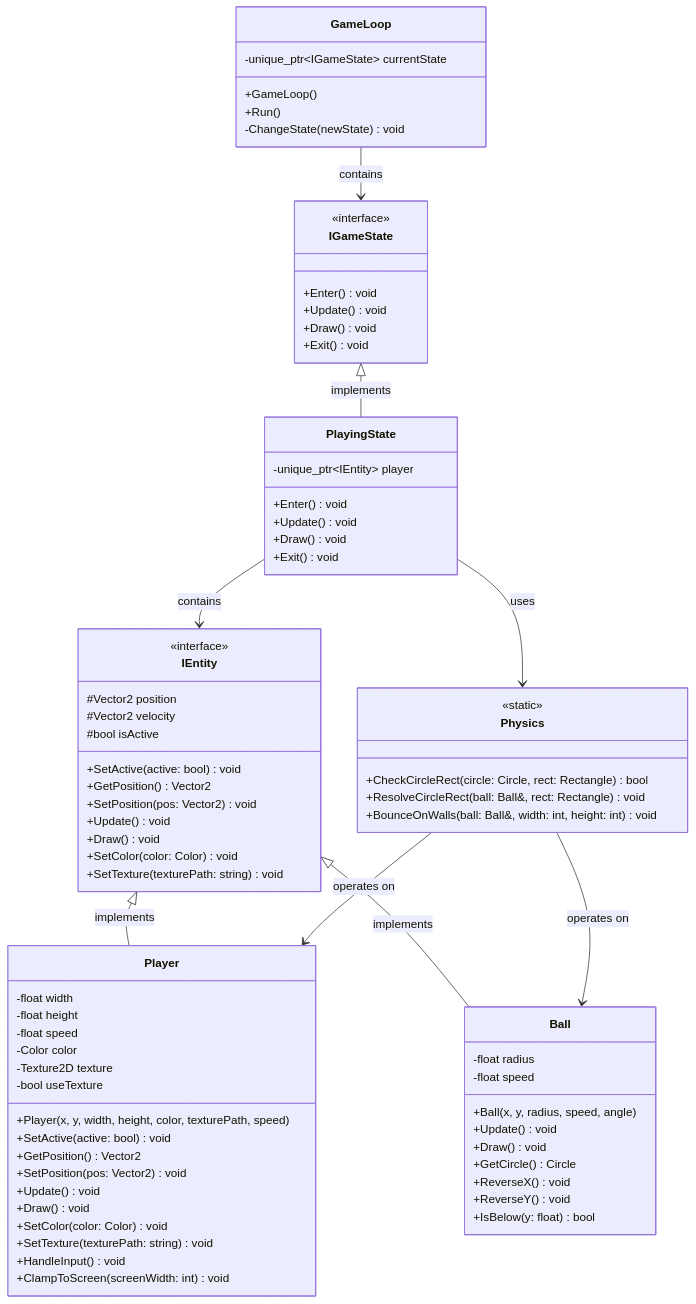
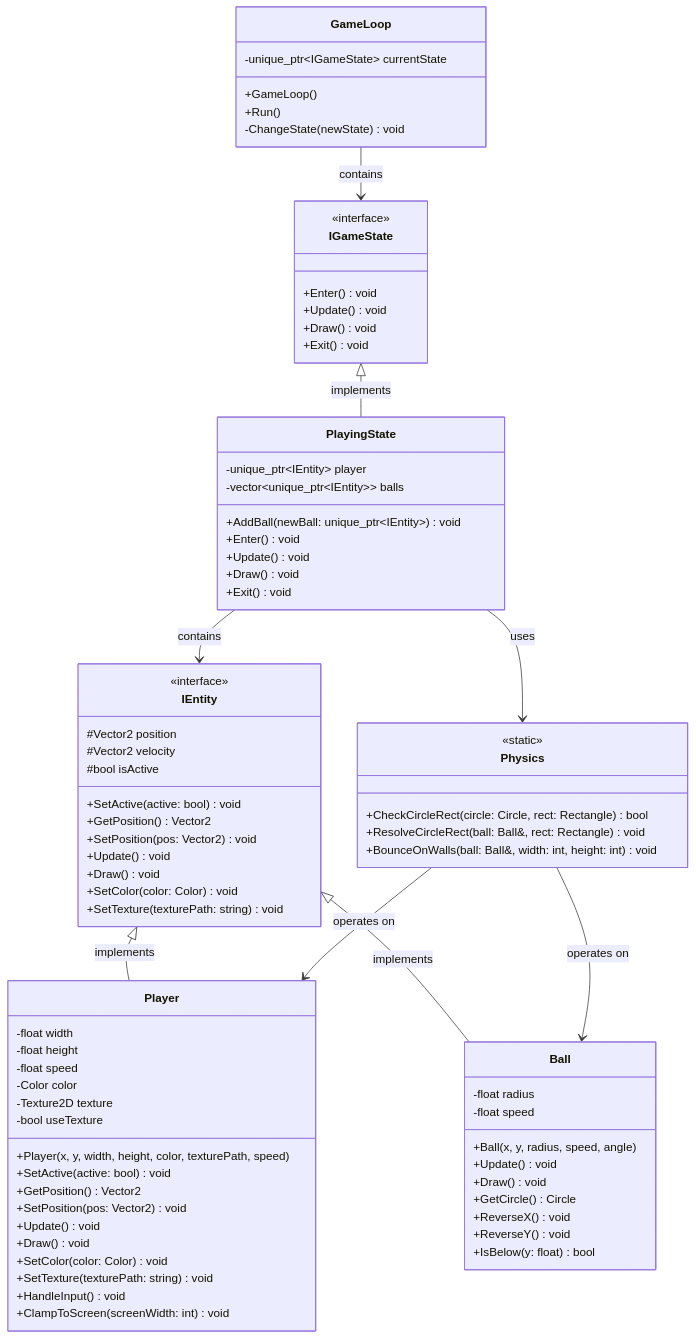
One commit to dciuca/cppang changed the diagram in diagrams/classDiagram.md. Above: the diagram before and after it, drawn with Mermaid. The commit also changed 3 other files, not shown here.

```diff
--- a/diagrams/classDiagram.md
+++ b/diagrams/classDiagram.md
@@ -17,6 +17,8 @@
 
     class PlayingState {
         -unique_ptr~IEntity~ player
+        -vector~unique_ptr~IEntity~~ balls
+        +AddBall(newBall: unique_ptr~IEntity~) void
         +Enter() void
         +Update() void
         +Draw() void
```
